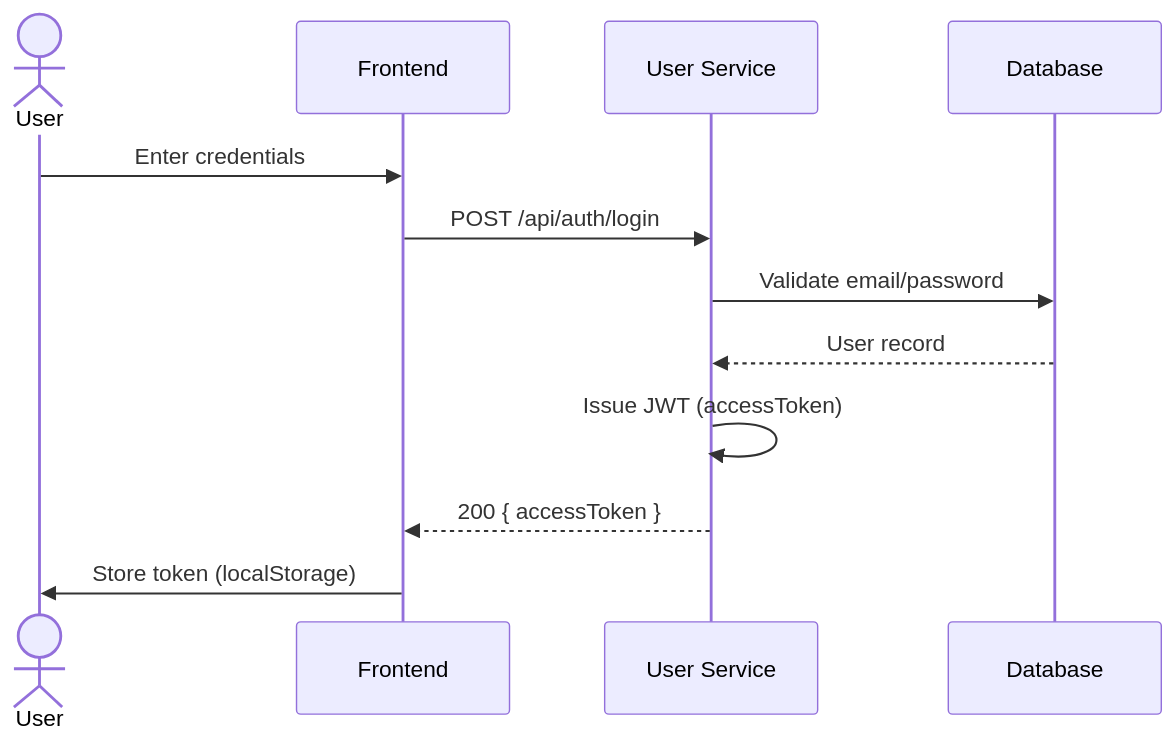
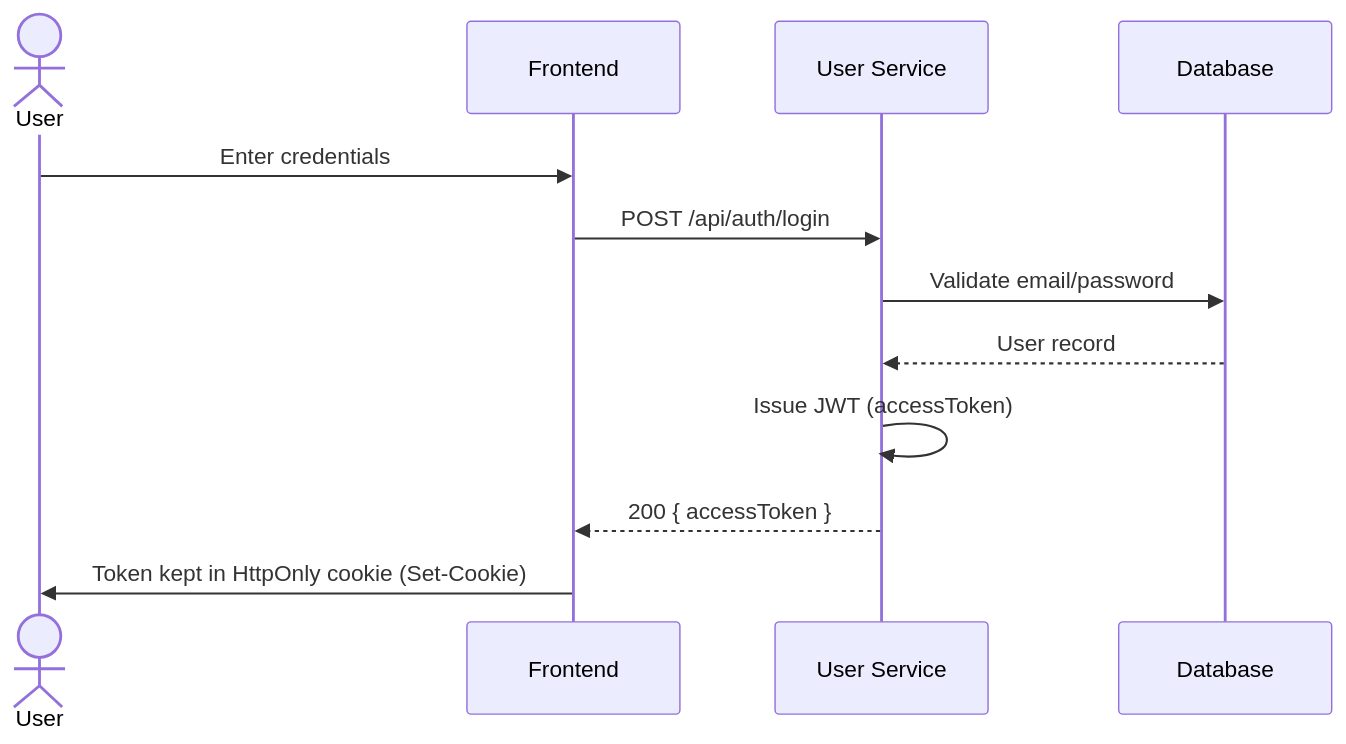
Before and after one commit to nmihtuna204/Xupay: the seventh of 20 diagrams in docs/XUPay-Final-Report.md, drawn with Mermaid. The commit also changed other lines of this file and 13 other files, not shown here.

First line of the commit message:
chore: bind ports to localhost, wire service token and cookie settings, fix seed SQL, update docs

````diff
--- a/docs/XUPay-Final-Report.md
+++ b/docs/XUPay-Final-Report.md
@@ -667,15 +667,15 @@
 ```mermaid
 sequenceDiagram
   actor User
   participant FE as Frontend
   participant API as User Service
   participant DB as Database
 
   User->>FE: Enter credentials
   FE->>API: POST /api/auth/login
   API->>DB: Validate email/password
   DB-->>API: User record
   API->>API: Issue JWT (accessToken)
   API-->>FE: 200 { accessToken }
-  FE->>User: Store token (localStorage)
+  FE->>User: Token kept in HttpOnly cookie (Set-Cookie)
 ```
````
